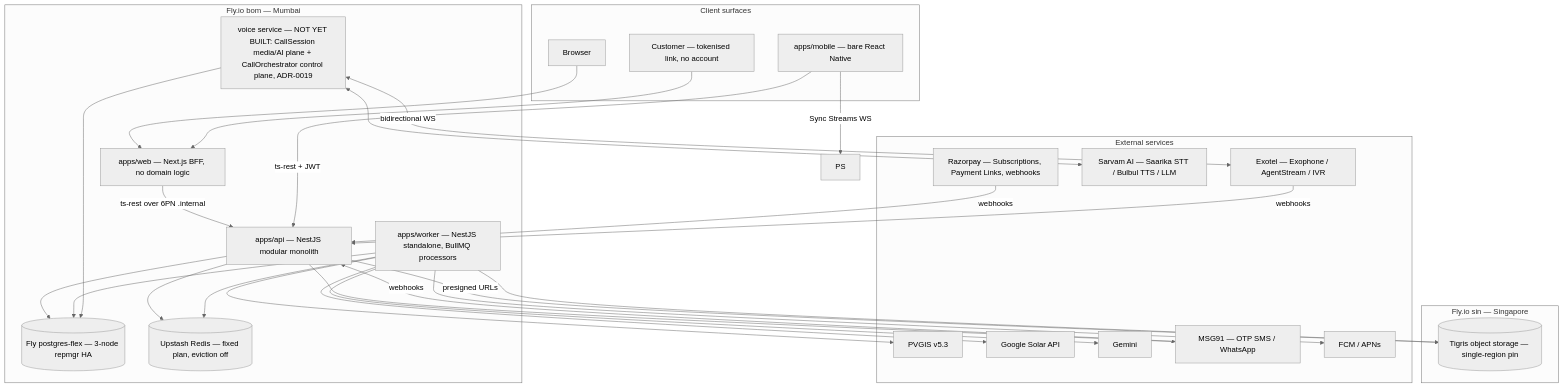
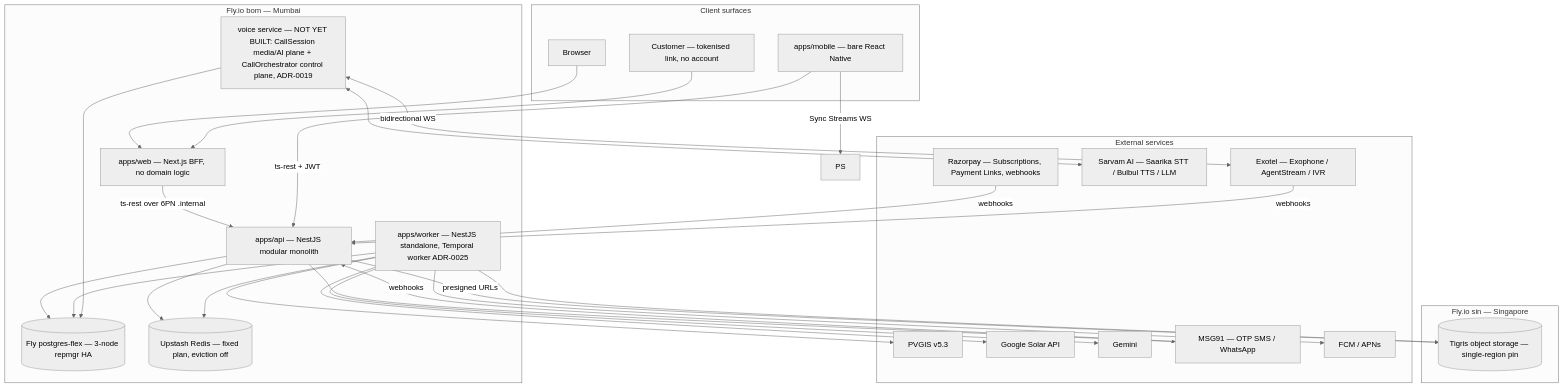
The diagram in docs/engineering/02-system-architecture.md (tejas96/HelioGrid), drawn with Mermaid (neutral theme) before and after one commit. The commit also changed other lines of this file and 202 other files, not shown here.

First line of the commit message:
feat: architecture-foundation program (Tracks 3-9) (#7)

````diff
--- a/docs/engineering/02-system-architecture.md
+++ b/docs/engineering/02-system-architecture.md
@@ -17,55 +17,55 @@
 ```mermaid
 graph TB
   subgraph clients [Client surfaces]
     BR[Browser]
     MOB[apps/mobile — bare React Native]
     CL[Customer — tokenised link, no account]
   end
 
   subgraph flybom [Fly.io bom — Mumbai]
     WEB[apps/web — Next.js BFF, no domain logic]
     API[apps/api — NestJS modular monolith]
-    WORKER[apps/worker — NestJS standalone, BullMQ processors]
+    WORKER[apps/worker — NestJS standalone, Temporal worker ADR-0025]
     VOICE[voice service — NOT YET BUILT: CallSession media/AI plane + CallOrchestrator control plane, ADR-0019]
     PG[(Fly postgres-flex — 3-node repmgr HA)]
     RD[(Upstash Redis — fixed plan, eviction off)]
   end
 
   subgraph flysin [Fly.io sin — Singapore]
     TG[(Tigris object storage — single-region pin)]
   end
 
   subgraph ext [External services]
     PVGIS[PVGIS v5.3]
     GS[Google Solar API]
     GEM[Gemini]
     EXO[Exotel — Exophone / AgentStream / IVR]
     SAR[Sarvam AI — Saarika STT / Bulbul TTS / LLM]
     RZP[Razorpay — Subscriptions, Payment Links, webhooks]
     MSG[MSG91 — OTP SMS / WhatsApp]
     PUSHN[FCM / APNs]
   end
 
   BR --> WEB
   CL --> WEB
   WEB -->|ts-rest over 6PN .internal| API
   MOB -->|Sync Streams WS| PS
   MOB -->|ts-rest + JWT| API
   API --> PG
   API --> RD
   API -->|presigned URLs| TG
   WORKER --> RD
   WORKER --> PG
   WORKER --> TG
   WORKER --> PVGIS
   WORKER --> GS
   WORKER --> GEM
   WORKER --> PUSHN
   VOICE <-->|bidirectional WS| EXO
   VOICE <--> SAR
   VOICE --> PG
   RZP -->|webhooks| API
   EXO -->|webhooks| API
   MSG -->|webhooks| API
   API --> MSG
 ```
````
